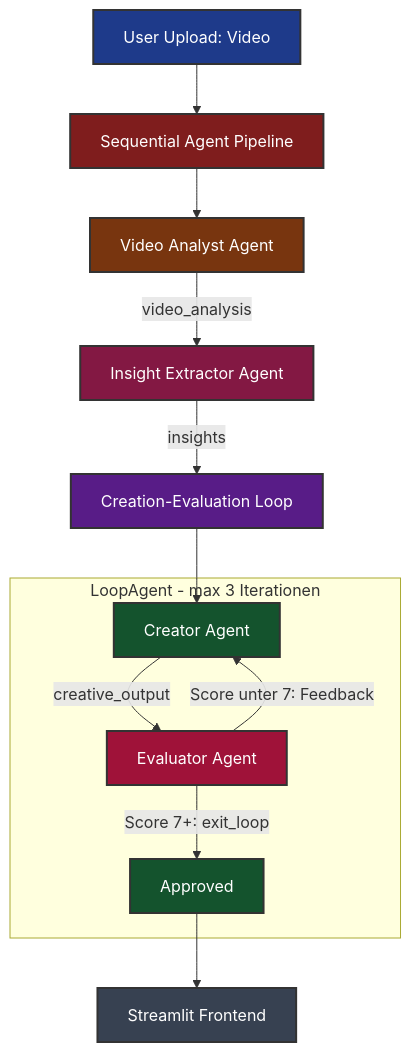
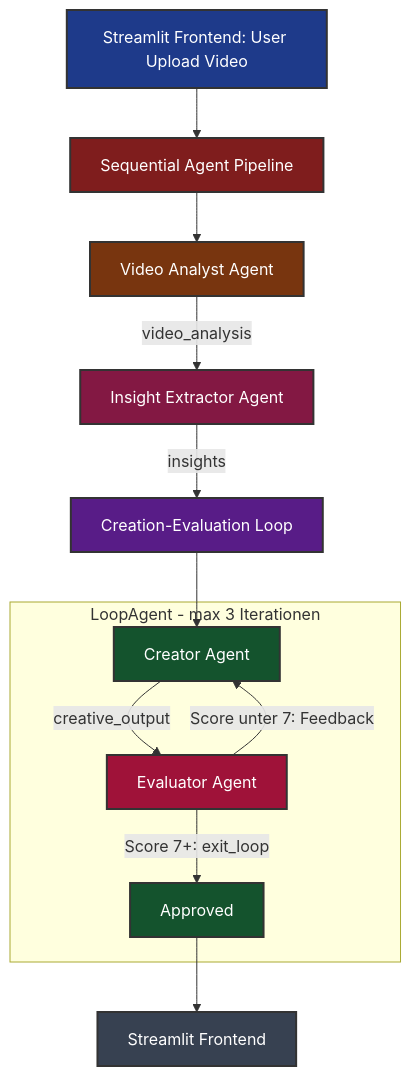
The diagram in README.md (MarselProg2/AI_Agent_Abgabe), drawn with Mermaid before and after one commit.

````diff
--- a/README.md
+++ b/README.md
@@ -13,26 +13,26 @@
 ```mermaid
 graph TB
-    A["User Upload: Video"] --> B["Sequential Agent Pipeline"]
+    A["Streamlit Frontend: User Upload Video"] --> B["Sequential Agent Pipeline"]
     B --> C["Video Analyst Agent"]
     C -->|"video_analysis"| D["Insight Extractor Agent"]
     D -->|"insights"| E["Creation-Evaluation Loop"]
 
     subgraph LoopAgent["LoopAgent - max 3 Iterationen"]
         F["Creator Agent"] -->|"creative_output"| G["Evaluator Agent"]
         G -->|"Score unter 7: Feedback"| F
         G -->|"Score 7+: exit_loop"| H["Approved"]
     end
 
     E --> F
     H --> I["Streamlit Frontend"]
 
     style A fill:#1e3a8a,stroke:#333,stroke-width:2px,color:#fff
     style B fill:#7f1d1d,stroke:#333,stroke-width:2px,color:#fff
     style C fill:#78350f,stroke:#333,stroke-width:2px,color:#fff
     style D fill:#831843,stroke:#333,stroke-width:2px,color:#fff
     style E fill:#581c87,stroke:#333,stroke-width:2px,color:#fff
     style F fill:#14532d,stroke:#333,stroke-width:2px,color:#fff
     style G fill:#9f1239,stroke:#333,stroke-width:2px,color:#fff
     style H fill:#14532d,stroke:#333,stroke-width:2px,color:#fff
     style I fill:#374151,stroke:#333,stroke-width:2px,color:#fff
 ```
````
